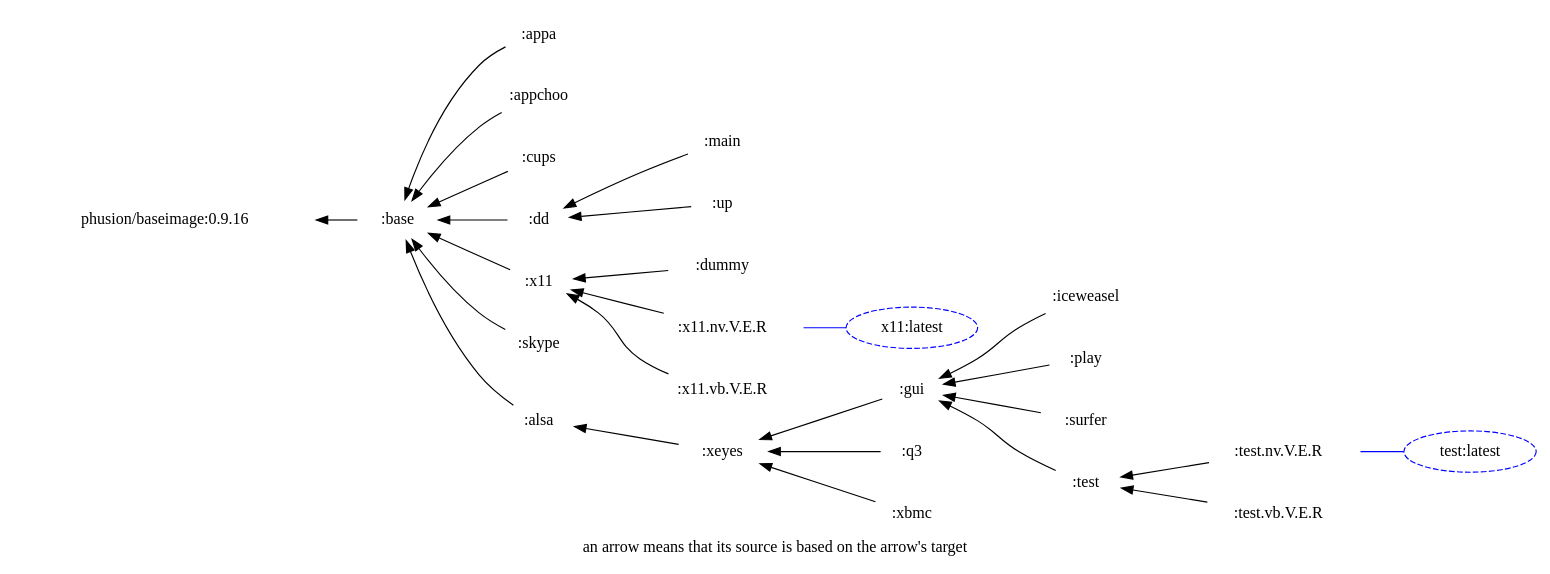
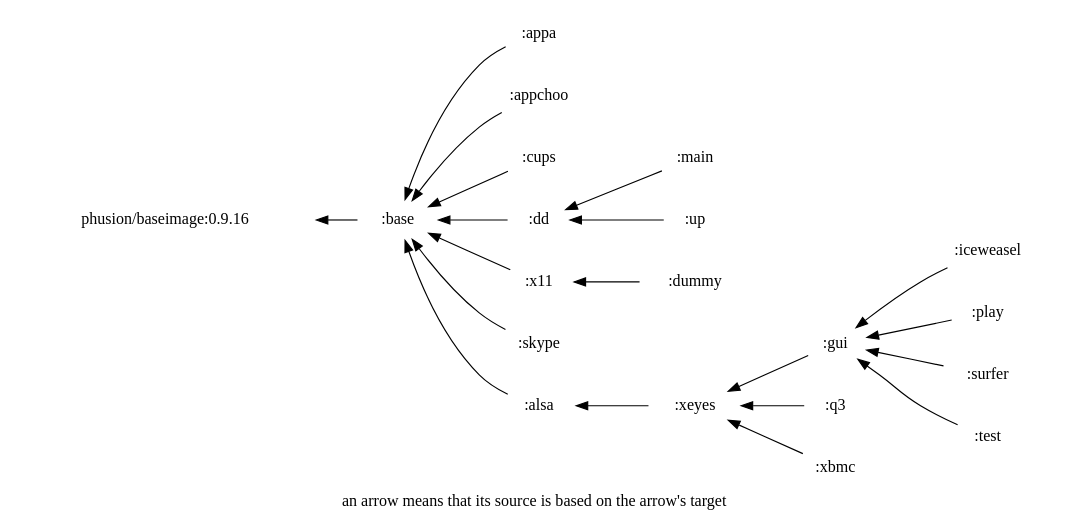
One commit to hilbert/hilbert-docker-images changed the diagram in deps.dot. Above: the diagram before and after it, drawn with Graphviz. The commit also changed 2 other files, not shown here.

```diff
--- a/deps.dot
+++ b/deps.dot
@@ -1,29 +1,21 @@
 digraph deps{ graph [label="an arrow means that its source is based on the arrow's target", labelloc=b]; node [color=white]; rankdir = RL;
 ":alsa" -> ":base" ;
 ":appa" -> ":base" ;
 ":appchoo" -> ":base" ;
 ":base" -> "phusion/baseimage:0.9.16" ;
 ":cups" -> ":base" ;
 ":dd" -> ":base" ;
 ":dummy" -> ":x11" ;
 ":gui" -> ":xeyes" ;
 ":iceweasel" -> ":gui" ;
 ":main" -> ":dd" ;
 ":play" -> ":gui" ;
 ":q3" -> ":xeyes" ;
 ":skype" -> ":base" ;
 ":surfer" -> ":gui" ;
 ":test" -> ":gui" ;
 ":up" -> ":dd" ;
 ":x11" -> ":base" ;
 ":xbmc" -> ":xeyes" ;
 ":xeyes" -> ":alsa" ;
-":x11.nv.V.E.R" -> ":x11" ;
-":x11.vb.V.E.R" -> ":x11" ;
-":test.nv.V.E.R" -> ":test" ;
-":test.vb.V.E.R" -> ":test" ;
-"x11:latest" -> ":x11.nv.V.E.R" [dir=none color="blue" ] ;
-"test:latest" -> ":test.nv.V.E.R" [dir=none color="blue" ] ;
-"x11:latest" [color="blue" style="dashed"]; 
-"test:latest" [color="blue" style="dashed"]; 
 }
```
